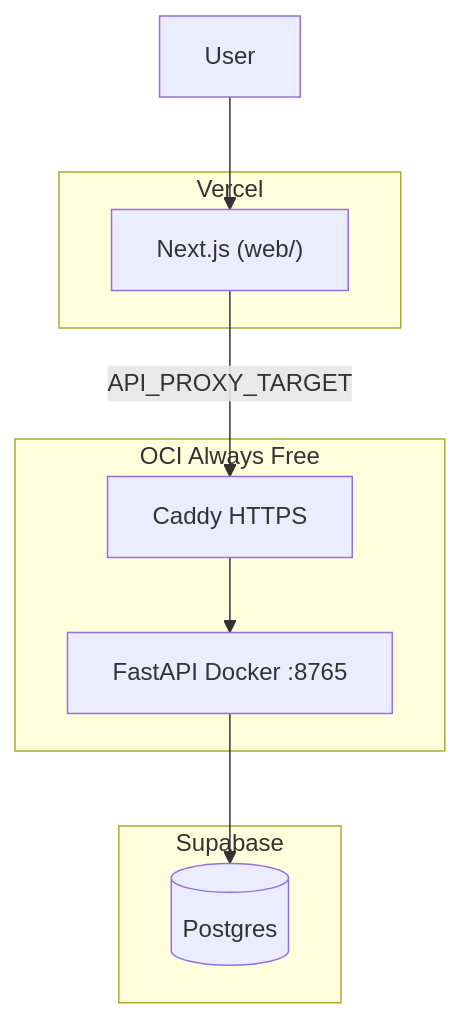
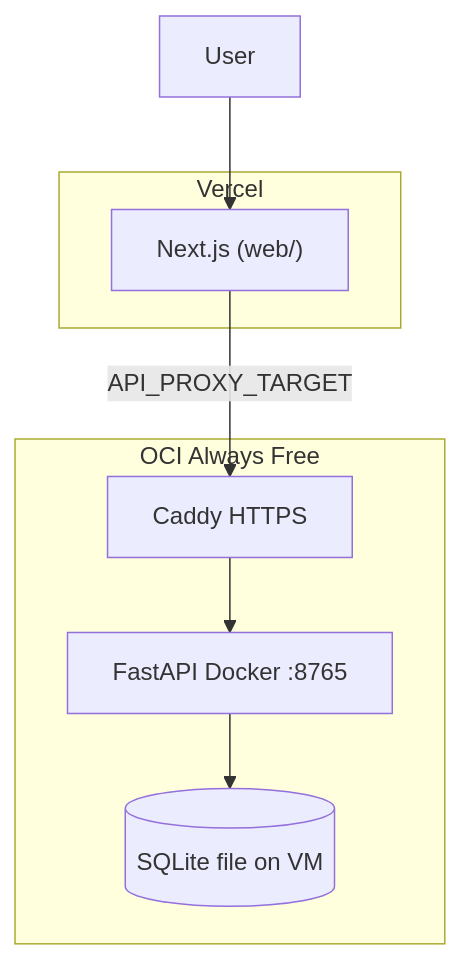
Before and after one commit to Sousa-16/PRAXISWeb: the diagram in DEPLOYMENT.md, drawn with Mermaid. The commit also changed other lines of this file and 5 other files, not shown here.

First line of the commit message:
Document the live SQLite stack and drop unused Supabase references.

````diff
--- a/DEPLOYMENT.md
+++ b/DEPLOYMENT.md
@@ -11,17 +13,15 @@
 ```mermaid
 flowchart TB
   subgraph vercel [Vercel]
     NextApp["Next.js (web/)"]
   end
   subgraph oci [OCI Always Free]
     Caddy[Caddy HTTPS]
     API[FastAPI Docker :8765]
+    SQLite[(SQLite file on VM)]
     Caddy --> API
-  end
-  subgraph supabase [Supabase]
-    PG[(Postgres)]
+    API --> SQLite
   end
   User --> NextApp
   NextApp -->|API_PROXY_TARGET| Caddy
-  API --> PG
 ```
````
